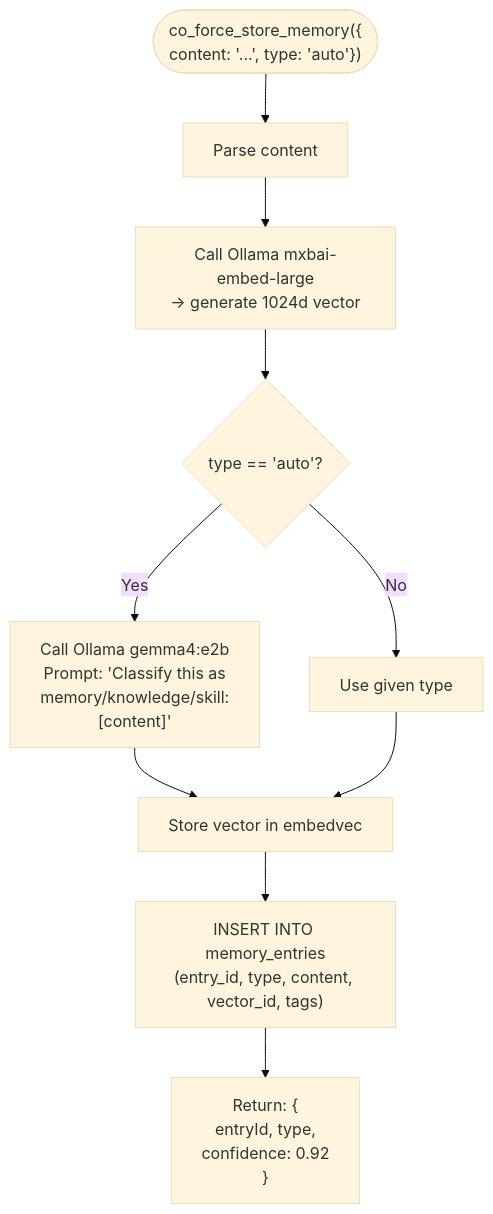
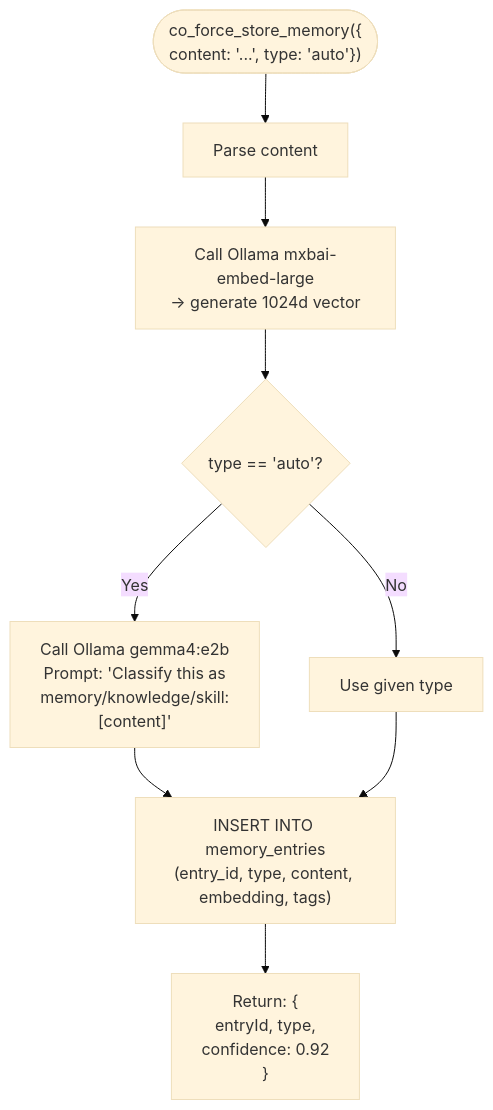
Diagram 14 of 29 in docs/URD.md (hiimtrung/co-force), drawn with Mermaid (base theme) before and after one commit. The commit also changed other lines of this file and 17 other files, not shown here.

````diff
--- a/docs/URD.md
+++ b/docs/URD.md
@@ -945,16 +862,14 @@
 ```mermaid
 flowchart TD
     Store(["co_force_store_memory({<br/>content: '...', type: 'auto'})"]) --> Parse["Parse content"]
     Parse --> Embed["Call Ollama mxbai-embed-large<br/>→ generate 1024d vector"]
 
     Embed --> Classify{"type == 'auto'?"}
     Classify -->|Yes| LLMClassify["Call Ollama gemma4:e2b<br/>Prompt: 'Classify this as<br/>memory/knowledge/skill:<br/>[content]'"]
     Classify -->|No| UseGiven["Use given type"]
 
-    LLMClassify --> StoreVec["Store vector in embedvec"]
-    UseGiven --> StoreVec
+    LLMClassify --> StoreMeta["INSERT INTO memory_entries<br/>(entry_id, type, content, embedding, tags)"]
+    UseGiven --> StoreMeta
 
-    StoreVec --> StoreMeta["INSERT INTO memory_entries<br/>(entry_id, type, content, vector_id, tags)"]
-
-    StoreMeta --> Return["Return: {<br/>  entryId, type,<br/>  confidence: 0.92<br/>}"]
+    StoreMeta --> Return["Return: {<br/>  entryId, type,<br/>  confidence: 0.92<br>}"]
 ```
````
